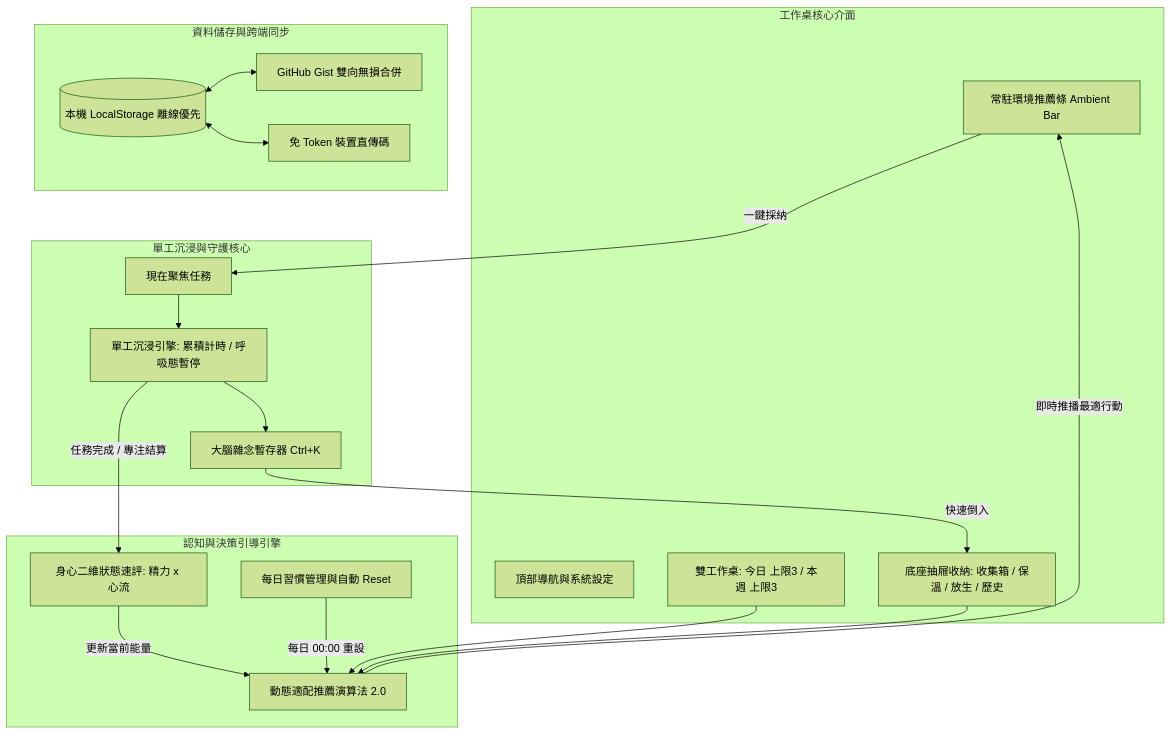
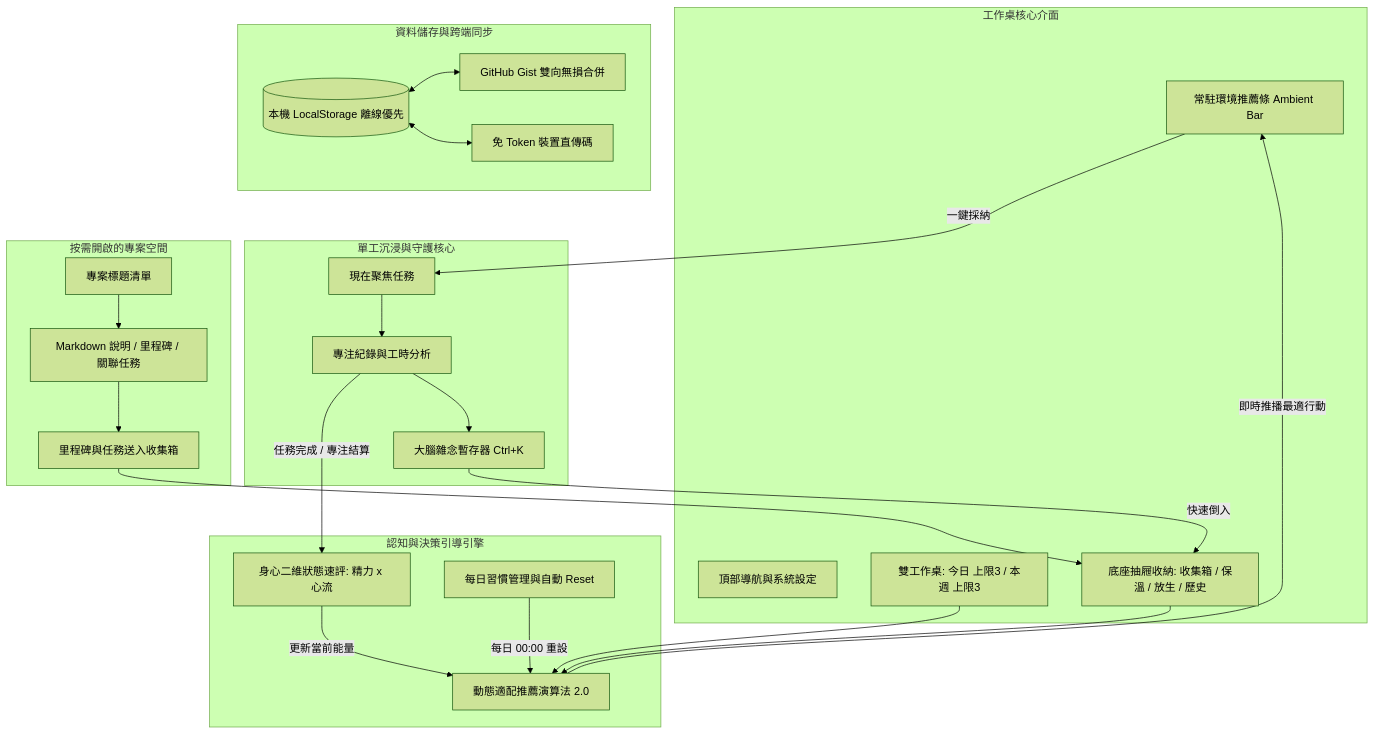
Before and after one commit to Annie04082020/TaskDesk: the diagram in README.md, drawn with Mermaid (forest theme). The commit also changed other lines of this file and 10 other files, not shown here.

````diff
--- a/README.md
+++ b/README.md
@@ -18,40 +18,49 @@
 ```mermaid
 graph TD
     subgraph UI_Surface [工作桌核心介面]
         DeskHeader[頂部導航與系統設定]
         AmbientBar[常駐環境推薦條 Ambient Bar]
         Workbench[雙工作桌: 今日 上限3 / 本週 上限3]
         DeskDock[底座抽屜收納: 收集箱 / 保溫 / 放生 / 歷史]
     end
 
     subgraph Decision_Engine [認知與決策引導引擎]
         StateCheckin[身心二維狀態速評: 精力 x 心流]
         ScoringEngine[動態適配推薦演算法 2.0]
         RoutinesEngine[每日習慣管理與自動 Reset]
     end
 
     subgraph Execution_Core [單工沉浸與守護核心]
         NowTask[現在聚焦任務]
-        KairosTimer[單工沉浸引擎: 累積計時 / 呼吸態暫停]
+        FocusLog[專注紀錄與工時分析]
         BrainDump[大腦雜念暫存器 Ctrl+K]
+    end
+
+    subgraph Project_Space [按需開啟的專案空間]
+        ProjectIndex[專案標題清單]
+        ProjectEditor[Markdown 說明 / 里程碑 / 關聯任務]
+        InboxBridge[里程碑與任務送入收集箱]
     end
 
     subgraph Sync_Storage [資料儲存與跨端同步]
         LocalStore[(本機 LocalStorage 離線優先)]
         GistSync[GitHub Gist 雙向無損合併]
         DirectCode[免 Token 裝置直傳碼]
     end
 
     StateCheckin -->|更新當前能量| ScoringEngine
     RoutinesEngine -->|每日 00:00 重設| ScoringEngine
     Workbench --> ScoringEngine
     DeskDock --> ScoringEngine
     ScoringEngine -->|即時推播最適行動| AmbientBar
     AmbientBar -->|一鍵採納| NowTask
-    NowTask --> KairosTimer
-    KairosTimer -->|任務完成 / 專注結算| StateCheckin
-    KairosTimer --> BrainDump
+    NowTask --> FocusLog
+    FocusLog -->|任務完成 / 專注結算| StateCheckin
+    FocusLog --> BrainDump
     BrainDump -->|快速倒入| DeskDock
+    ProjectIndex --> ProjectEditor
+    ProjectEditor --> InboxBridge
+    InboxBridge --> DeskDock
     LocalStore <--> GistSync
     LocalStore <--> DirectCode
 ```
````
